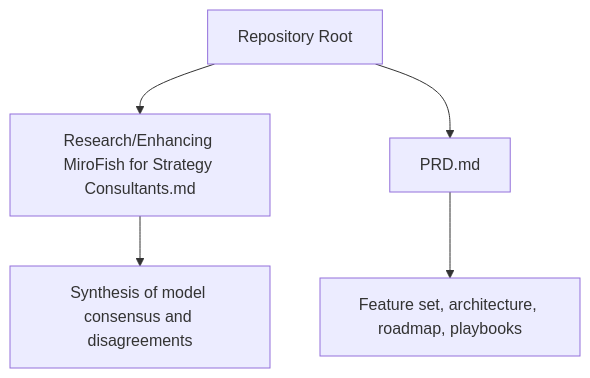
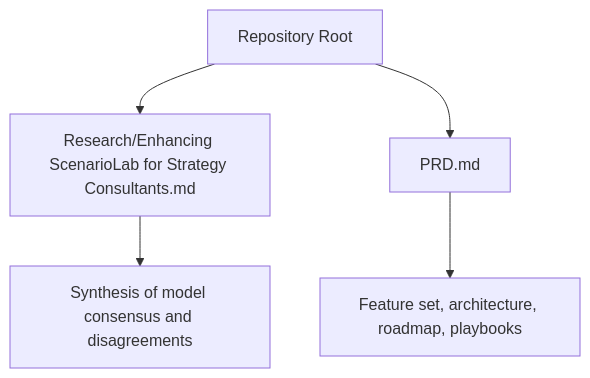
Before and after one commit to rish2jain/ScenarioLab: the first of 9 diagrams in .qoder/repowiki/en/content/Strategic Enhancement Guidelines.md, drawn with Mermaid. The commit also changed other lines of this file and 54 other files, not shown here.

First line of the commit message:
chore: rename MiroFish → ScenarioLab across entire codebase

````diff
--- a/.qoder/repowiki/en/content/Strategic Enhancement Guidelines.md
+++ b/.qoder/repowiki/en/content/Strategic Enhancement Guidelines.md
@@ -40,7 +40,7 @@
 ```mermaid
 graph TB
-A["Repository Root"] --> B["Research/Enhancing MiroFish for Strategy Consultants.md"]
+A["Repository Root"] --> B["Research/Enhancing ScenarioLab for Strategy Consultants.md"]
 A --> C["PRD.md"]
 B --> D["Synthesis of model consensus and disagreements"]
 C --> E["Feature set, architecture, roadmap, playbooks"]
 ```
````
